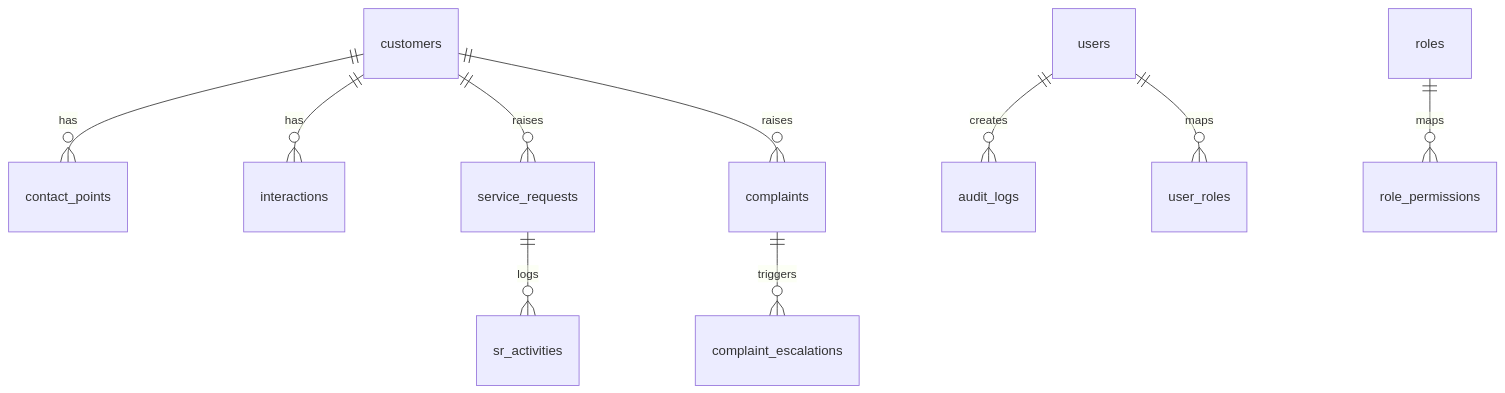
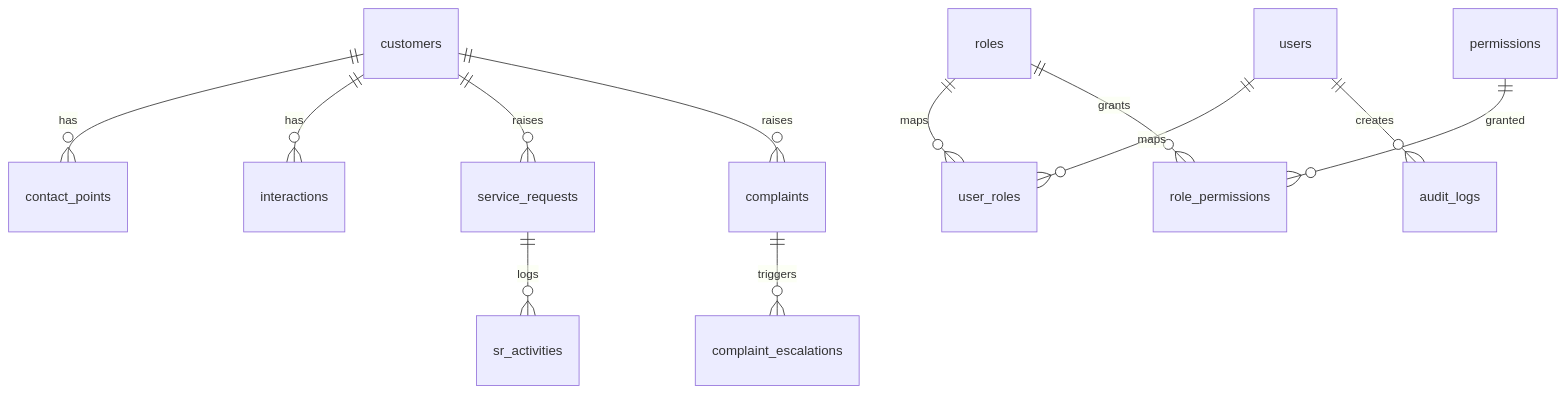
Before and after one commit to kavia-common/secure-crm-platform-40906-40915: the diagram in kavia-docs/modules/11-Data_Architecture.md, drawn with Mermaid. The commit also changed other lines of this file and 25 other files, not shown here.

````diff
--- a/kavia-docs/modules/11-Data_Architecture.md
+++ b/kavia-docs/modules/11-Data_Architecture.md
@@ -22,12 +22,14 @@
 ```mermaid
 erDiagram
-  customers ||--o{ contact_points : has
-  customers ||--o{ interactions : has
-  customers ||--o{ service_requests : raises
-  service_requests ||--o{ sr_activities : logs
-  customers ||--o{ complaints : raises
-  complaints ||--o{ complaint_escalations : triggers
-  users ||--o{ audit_logs : creates
-  roles ||--o{ role_permissions : maps
-  users ||--o{ user_roles : maps
+  customers ||--o{ contact_points : "has"
+  customers ||--o{ interactions : "has"
+  customers ||--o{ service_requests : "raises"
+  customers ||--o{ complaints : "raises"
+  service_requests ||--o{ sr_activities : "logs"
+  complaints ||--o{ complaint_escalations : "triggers"
+  users ||--o{ user_roles : "maps"
+  roles ||--o{ user_roles : "maps"
+  roles ||--o{ role_permissions : "grants"
+  permissions ||--o{ role_permissions : "granted"
+  users ||--o{ audit_logs : "creates"
 ```
````
